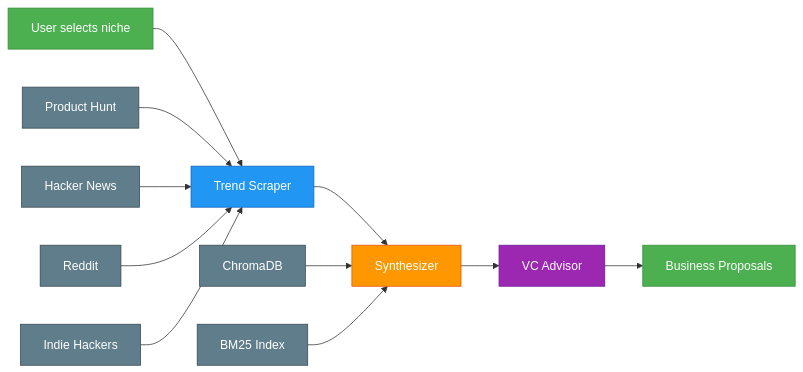
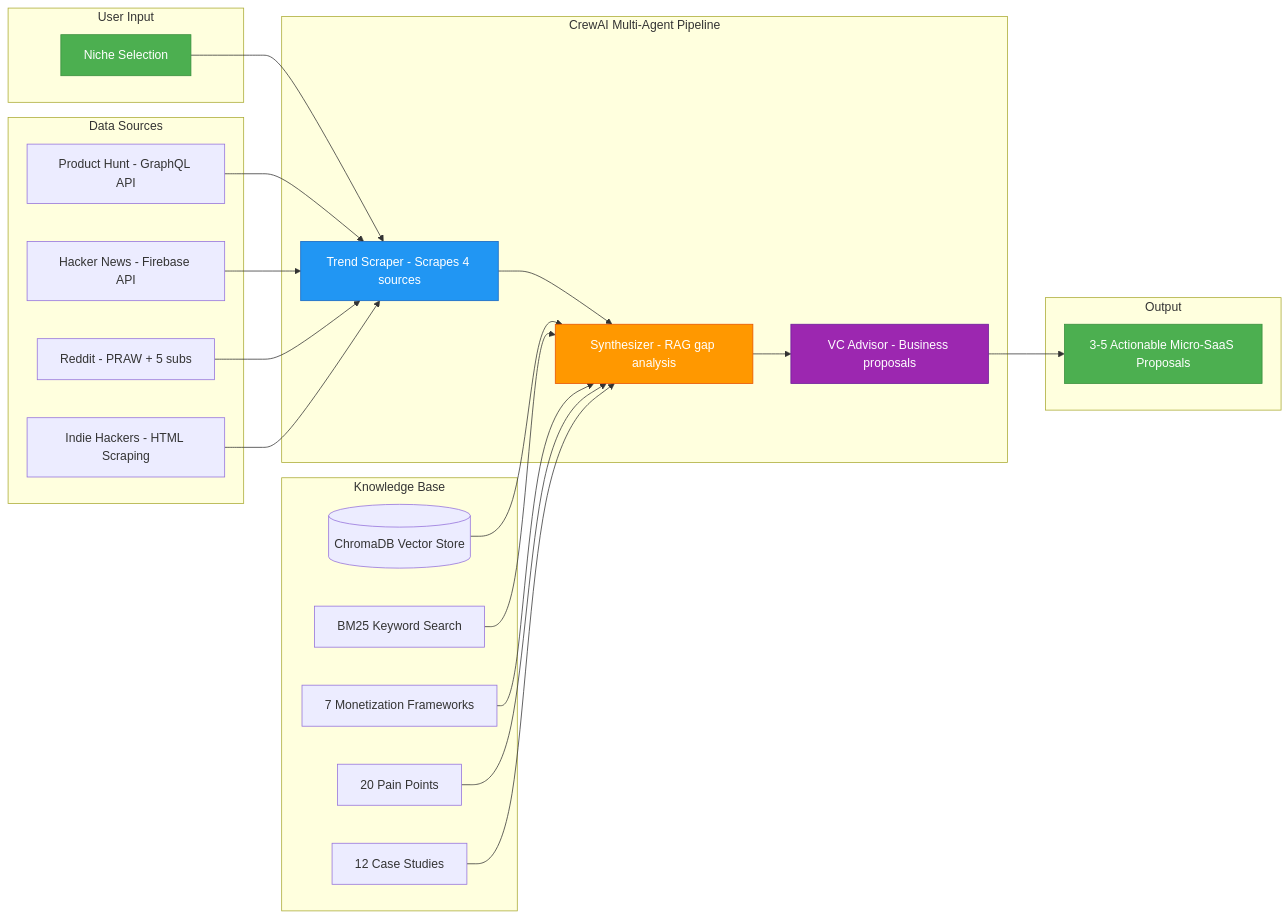
The first of 8 diagrams in README.md (soumyachk101/IdeaForge), drawn with Mermaid before and after one commit. The commit also changed other lines of this file, not shown here.

First line of the commit message:
Replace ASCII architecture with 3 Mermaid workflow diagrams

````diff
--- a/README.md
+++ b/README.md
@@ -56,27 +54,50 @@
 ```mermaid
-graph LR
-    A["User selects niche"] --> B["Trend Scraper"]
-    B --> C["Synthesizer"]
-    C --> D["VC Advisor"]
-    D --> E["Business Proposals"]
+flowchart LR
+    subgraph INPUT["User Input"]
+        A["Niche Selection"]
+    end
 
-    F["Product Hunt"] --> B
-    G["Hacker News"] --> B
-    H["Reddit"] --> B
-    I["Indie Hackers"] --> B
+    subgraph AGENTS["CrewAI Multi-Agent Pipeline"]
+        B["Trend Scraper - Scrapes 4 sources"]
+        C["Synthesizer - RAG gap analysis"]
+        D["VC Advisor - Business proposals"]
+    end
 
-    J["ChromaDB"] --> C
-    K["BM25 Index"] --> C
+    subgraph SOURCES["Data Sources"]
+        E["Product Hunt - GraphQL API"]
+        F["Hacker News - Firebase API"]
+        G["Reddit - PRAW + 5 subs"]
+        H["Indie Hackers - HTML Scraping"]
+    end
+
+    subgraph RAG["Knowledge Base"]
+        I[("ChromaDB Vector Store")]
+        J["BM25 Keyword Search"]
+        K["7 Monetization Frameworks"]
+        L["20 Pain Points"]
+        M["12 Case Studies"]
+    end
+
+    subgraph OUTPUT["Output"]
+        N["3-5 Actionable Micro-SaaS Proposals"]
+    end
+
+    A --> B
+    B --> C --> D
+    E --> B
+    F --> B
+    G --> B
+    H --> B
+    I --> C
+    J --> C
+    K --> C
+    L --> C
+    M --> C
+    D --> N
 
     style A fill:#4CAF50,stroke:#388E3C,color:#fff
     style B fill:#2196F3,stroke:#1565C0,color:#fff
     style C fill:#FF9800,stroke:#E65100,color:#fff
     style D fill:#9C27B0,stroke:#6A1B9A,color:#fff
-    style E fill:#4CAF50,stroke:#388E3C,color:#fff
-    style F fill:#607D8B,stroke:#37474F,color:#fff
-    style G fill:#607D8B,stroke:#37474F,color:#fff
-    style H fill:#607D8B,stroke:#37474F,color:#fff
-    style I fill:#607D8B,stroke:#37474F,color:#fff
-    style J fill:#607D8B,stroke:#37474F,color:#fff
-    style K fill:#607D8B,stroke:#37474F,color:#fff
+    style N fill:#4CAF50,stroke:#388E3C,color:#fff
 ```
````
